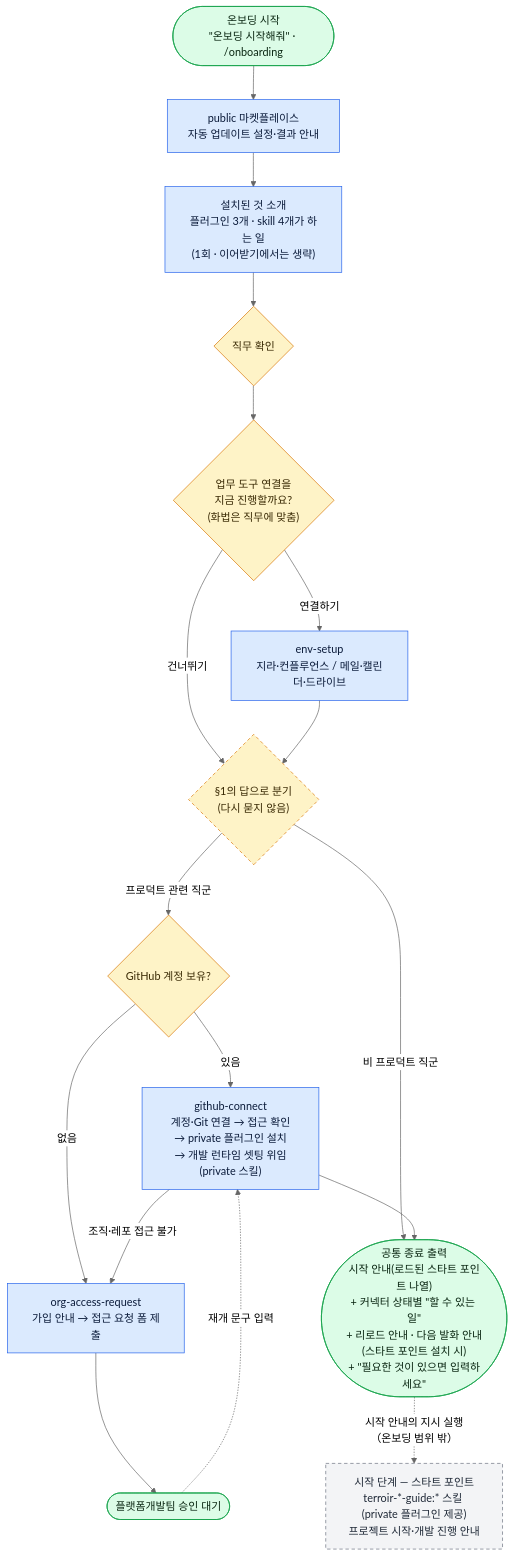
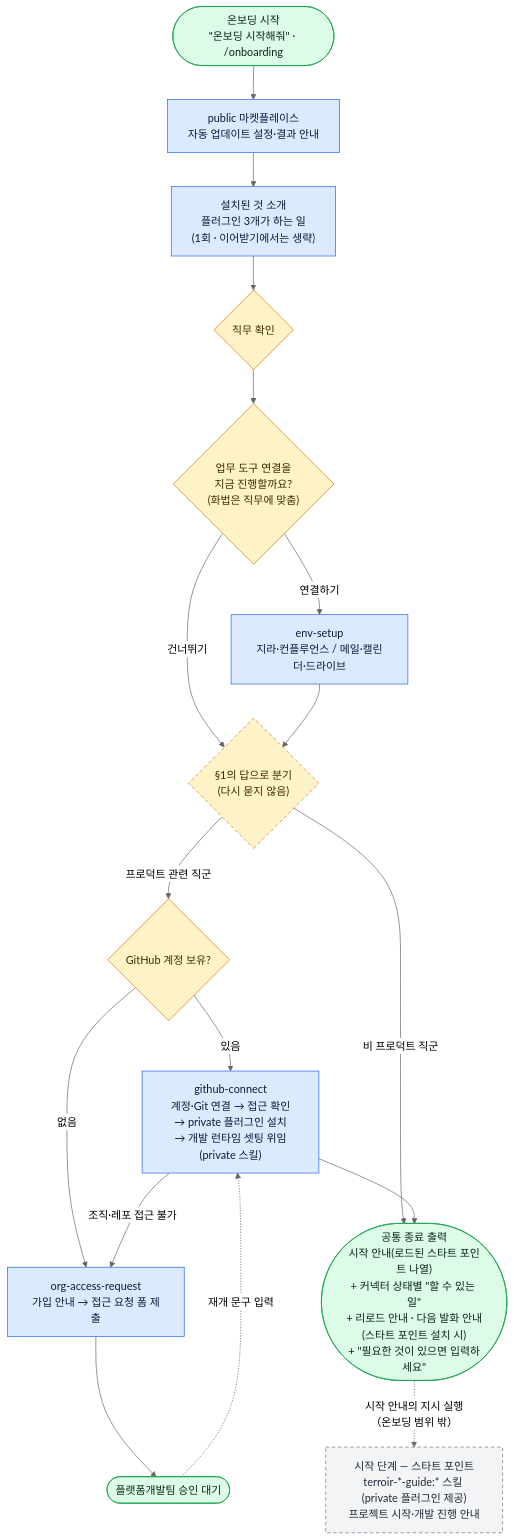
Before and after one commit to VntgCorp/terroir-claude-plugin-public: the diagram in plugins/terroir-onboarding/README.md, drawn with Mermaid (neutral theme). The commit also changed other lines of this file and 3 other files, not shown here.

First line of the commit message:
docs(onboarding): 설치된 것 소개와 README 에서 skill 단위 설명을 뺀다 [RDDP-1797]

````diff
--- a/plugins/terroir-onboarding/README.md
+++ b/plugins/terroir-onboarding/README.md
@@ -46,50 +37,50 @@
 ```mermaid
 flowchart TD
     START(["온보딩 시작<br/>&quot;온보딩 시작해줘&quot; · /onboarding"])
     AUTO["public 마켓플레이스<br/>자동 업데이트 설정·결과 안내"]
-    INTRO["설치된 것 소개<br/>플러그인 3개 · skill 4개가 하는 일<br/>(1회 · 이어받기에서는 생략)"]
+    INTRO["설치된 것 소개<br/>플러그인 3개가 하는 일<br/>(1회 · 이어받기에서는 생략)"]
 
     Q1{"직무 확인"}
     Q2{"업무 도구 연결을<br/>지금 진행할까요?<br/>(화법은 직무에 맞춤)"}
     ENV["env-setup<br/>지라·컨플루언스 / 메일·캘린더·드라이브"]
     BR{"§1의 답으로 분기<br/>(다시 묻지 않음)"}
     Q3{"GitHub 계정 보유?"}
 
     GH["github-connect<br/>계정·Git 연결 → 접근 확인<br/>→ private 플러그인 설치<br/>→ 개발 런타임 셋팅 위임(private 스킬)"]
     OA["org-access-request<br/>가입 안내 → 접근 요청 폼 제출"]
     WAIT(["플랫폼개발팀 승인 대기"])
 
     END(["공통 종료 출력<br/>시작 안내(로드된 스타트 포인트 나열)<br/>+ 커넥터 상태별 &quot;할 수 있는 일&quot;<br/>+ 리로드 안내 · 다음 발화 안내(스타트 포인트 설치 시)<br/>+ &quot;필요한 것이 있으면 입력하세요&quot;"])
     SP["시작 단계 — 스타트 포인트<br/>terroir-*-guide:* 스킬 (private 플러그인 제공)<br/>프로젝트 시작·개발 진행 안내"]
 
     START --> AUTO
     AUTO --> INTRO
     INTRO --> Q1
     Q1 --> Q2
     Q2 -->|연결하기| ENV
     Q2 -->|건너뛰기| BR
     ENV --> BR
 
     BR -->|프로덕트 관련 직군| Q3
     BR -->|비 프로덕트 직군| END
 
     Q3 -->|있음| GH
     Q3 -->|없음| OA
     GH -->|조직·레포 접근 불가| OA
     OA --> WAIT
     WAIT -.->|재개 문구 입력| GH
 
     GH --> END
     END -.->|시작 안내의 지시 실행<br/>（온보딩 범위 밖）| SP
 
     classDef skill fill:#dbeafe,stroke:#2563eb,color:#0b1b3a
     classDef gate fill:#fef3c7,stroke:#d97706,color:#3a2a05
     classDef term fill:#dcfce7,stroke:#16a34a,color:#0a2612
     classDef branch fill:#fef3c7,stroke:#d97706,color:#3a2a05,stroke-dasharray:5 4
     classDef ext fill:#f3f4f6,stroke:#6b7280,color:#1f2937,stroke-dasharray:5 4
     class AUTO,INTRO,ENV,GH,OA skill
     class Q1,Q2,Q3 gate
     class BR branch
     class START,END,WAIT term
     class SP ext
 ```
````
